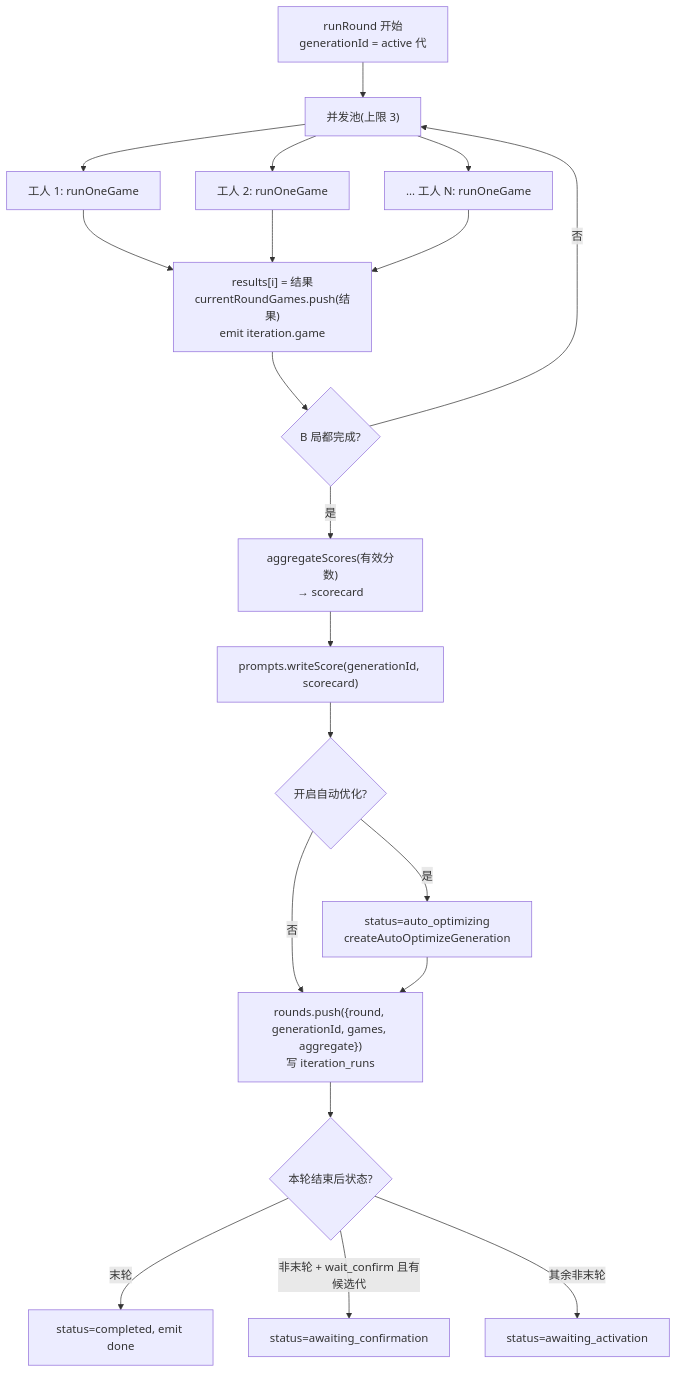
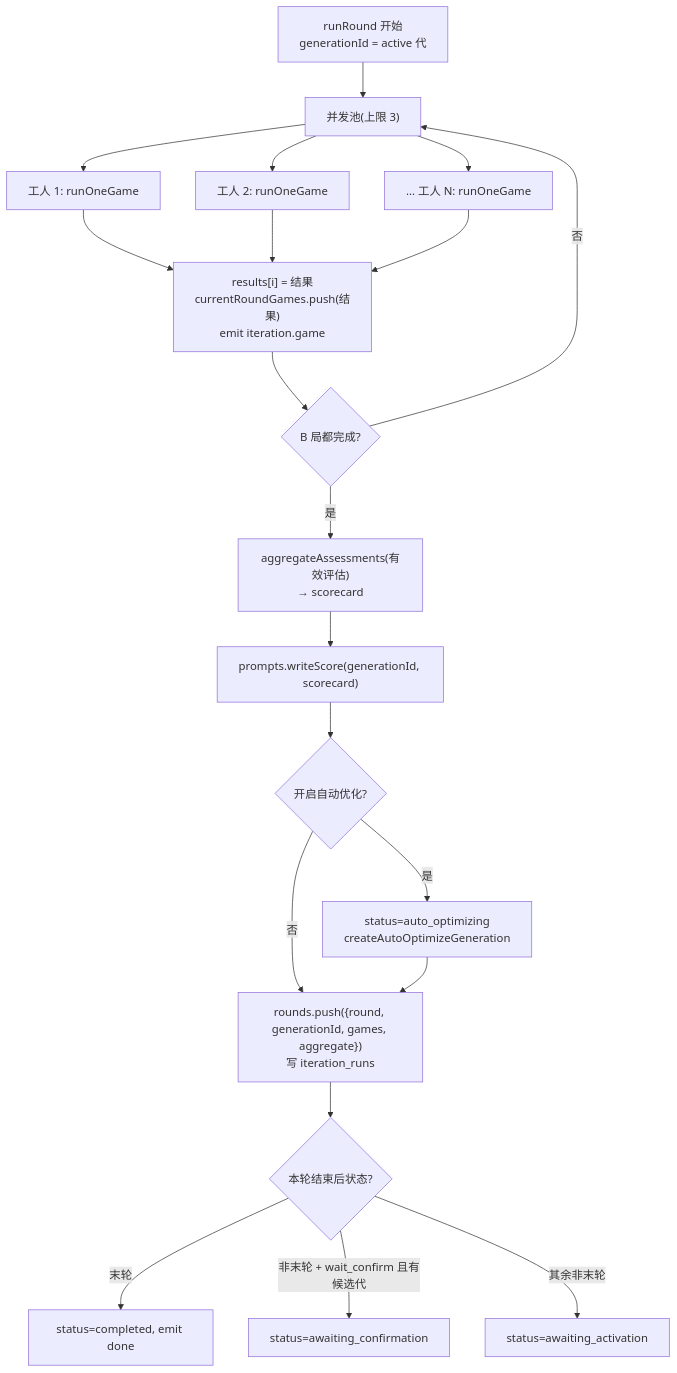
Before and after one commit to zhoutaoz99/who-is-the-ai: the third of 6 diagrams in docs/ai-iteration/AI-Prompt-Eval-Flow.md, drawn with Mermaid. The commit also changed other lines of this file and 14 other files, not shown here.

````diff
--- a/docs/ai-iteration/AI-Prompt-Eval-Flow.md
+++ b/docs/ai-iteration/AI-Prompt-Eval-Flow.md
@@ -144,23 +144,23 @@
 ```mermaid
 flowchart TD
   A["runRound 开始<br/>generationId = active 代"] --> POOL["并发池(上限 3)"]
   POOL --> G1[工人 1: runOneGame]
   POOL --> G2[工人 2: runOneGame]
   POOL --> GN[... 工人 N: runOneGame]
 
   G1 --> COLLECT["results[i] = 结果<br/>currentRoundGames.push(结果)<br/>emit iteration.game"]
   G2 --> COLLECT
   GN --> COLLECT
   COLLECT --> ALLDONE{"B 局都完成?"}
   ALLDONE -- 否 --> POOL
-  ALLDONE -- 是 --> AGG["aggregateScores(有效分数)<br/>→ scorecard"]
+  ALLDONE -- 是 --> AGG["aggregateAssessments(有效评估)<br/>→ scorecard"]
   AGG --> WRITE["prompts.writeScore(generationId, scorecard)"]
   WRITE --> AE{"开启自动优化?"}
   AE -- 否 --> PERSIST["rounds.push({round, generationId, games, aggregate})<br/>写 iteration_runs"]
   AE -- 是 --> EDIT["status=auto_optimizing<br/>createAutoOptimizeGeneration"]
   EDIT --> PERSIST
   PERSIST --> STATUS{"本轮结束后状态?"}
   STATUS -- 末轮 --> CMP[status=completed, emit done]
   STATUS -- 非末轮 + wait_confirm 且有候选代 --> CONF[status=awaiting_confirmation]
   STATUS -- 其余非末轮 --> AW[status=awaiting_activation]
 ```
````
